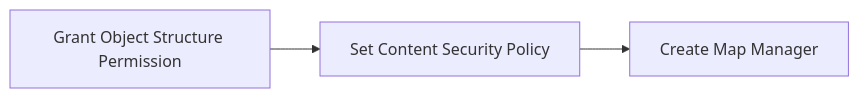
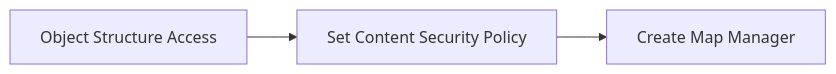
The diagram in maximo/administration/map-manager/manager-map.md (codersyacht/maximo-knowledge-center), drawn with Mermaid before and after one commit.

Commit message:
manager-map.md

````diff
--- a/maximo/administration/map-manager/manager-map.md
+++ b/maximo/administration/map-manager/manager-map.md
@@ -17,5 +17,5 @@
 ```mermaid
 graph LR
-A[Grant Object Structure Permission] --> B[Set Content Security Policy]
+A[Object Structure Access] --> B[Set Content Security Policy]
 B --> C[Create Map Manager]
 ```
````
